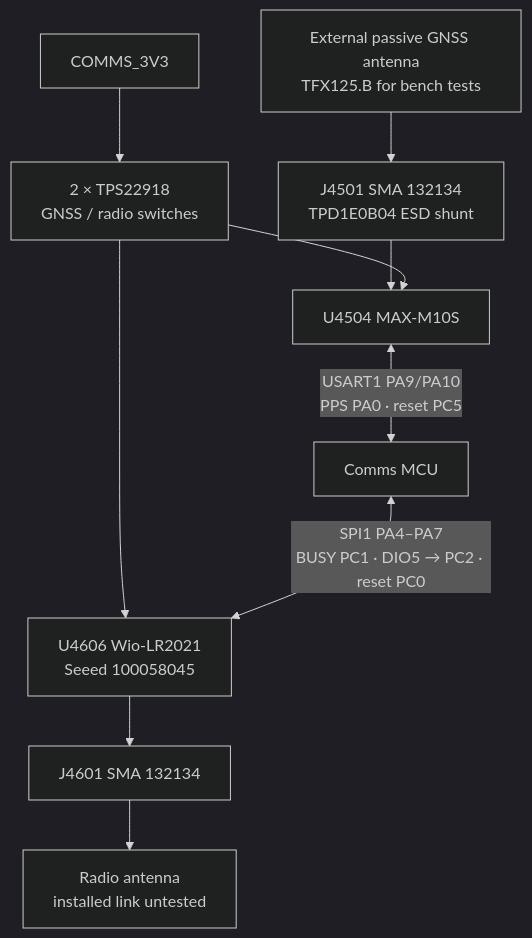
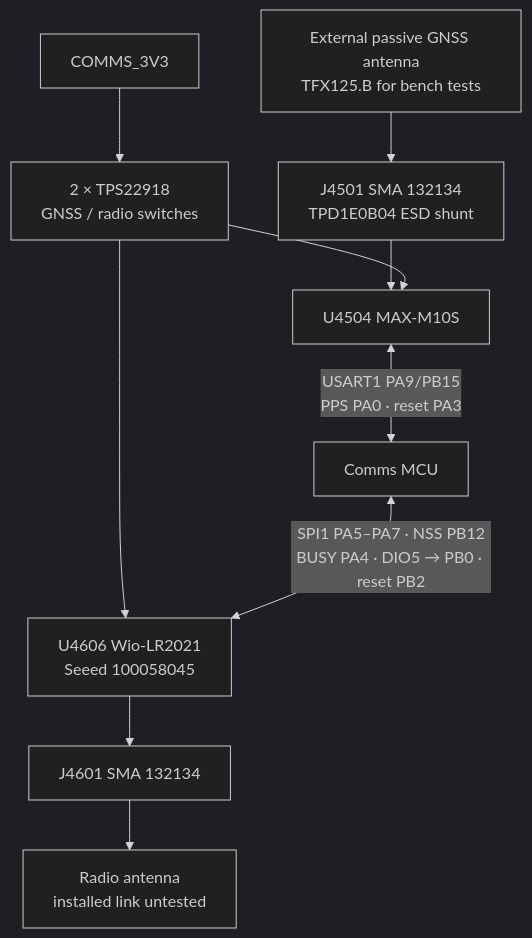
The diagram in docs/architecture/06-gnss-radio.md (ULAS-HiPR/Ogma2), drawn with Mermaid (dark theme) before and after one commit. The commit also changed 44 other files, not shown here.

````diff
--- a/docs/architecture/06-gnss-radio.md
+++ b/docs/architecture/06-gnss-radio.md
@@ -7,18 +7,18 @@
 ```mermaid
 flowchart TB
   P["COMMS_3V3"] --> SW["2 × TPS22918
 GNSS / radio switches"]
   GA["External passive GNSS antenna
 TFX125.B for bench tests"] --> GS["J4501 SMA 132134
 TPD1E0B04 ESD shunt"]
   GS --> G["U4504 MAX-M10S"]
   SW --> G
   SW --> R
-  G <-->|"USART1 PA9/PA10
-PPS PA0 · reset PC5"| C["Comms MCU"]
-  C <-->|"SPI1 PA4–PA7
-BUSY PC1 · DIO5 → PC2 · reset PC0"| R["U4606 Wio-LR2021
+  G <-->|"USART1 PA9/PB15
+PPS PA0 · reset PA3"| C["Comms MCU"]
+  C <-->|"SPI1 PA5–PA7 · NSS PB12
+BUSY PA4 · DIO5 → PB0 · reset PB2"| R["U4606 Wio-LR2021
 Seeed 100058045"]
   R --> S["J4601 SMA 132134"] --> RA["Radio antenna
 installed link untested"]
 ```
````
